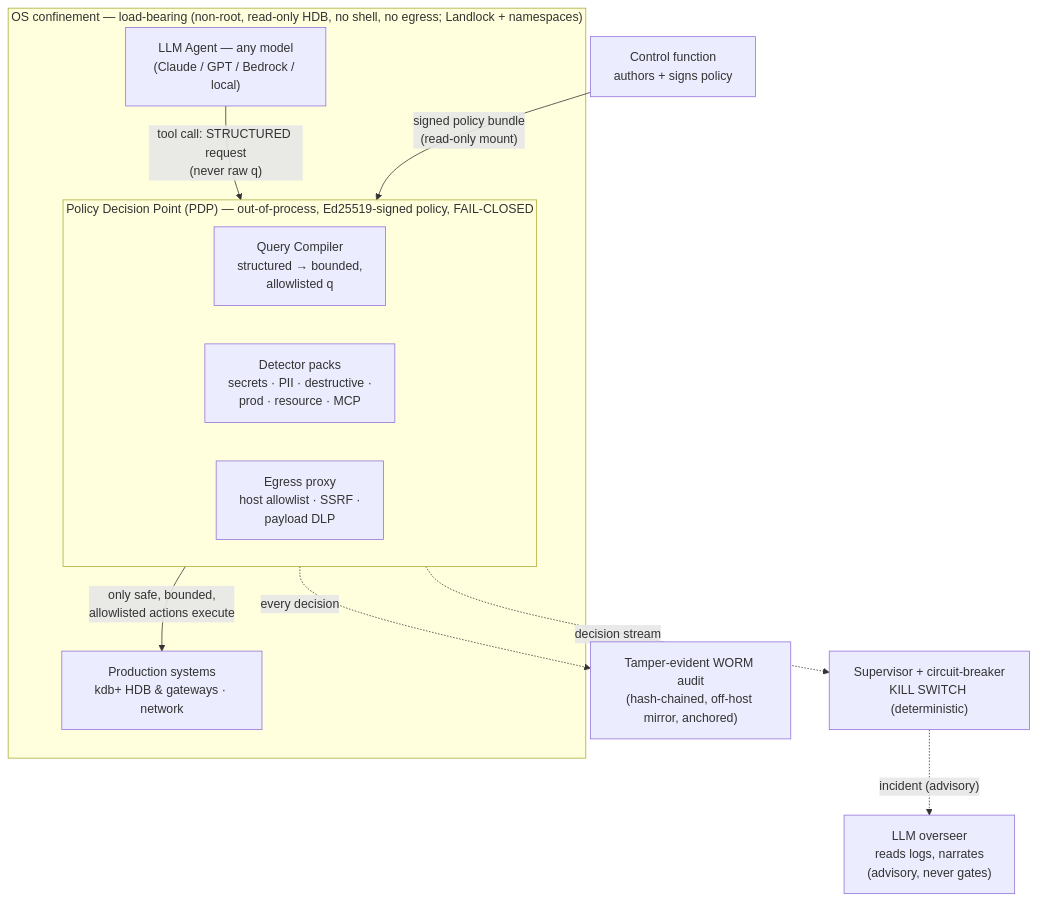
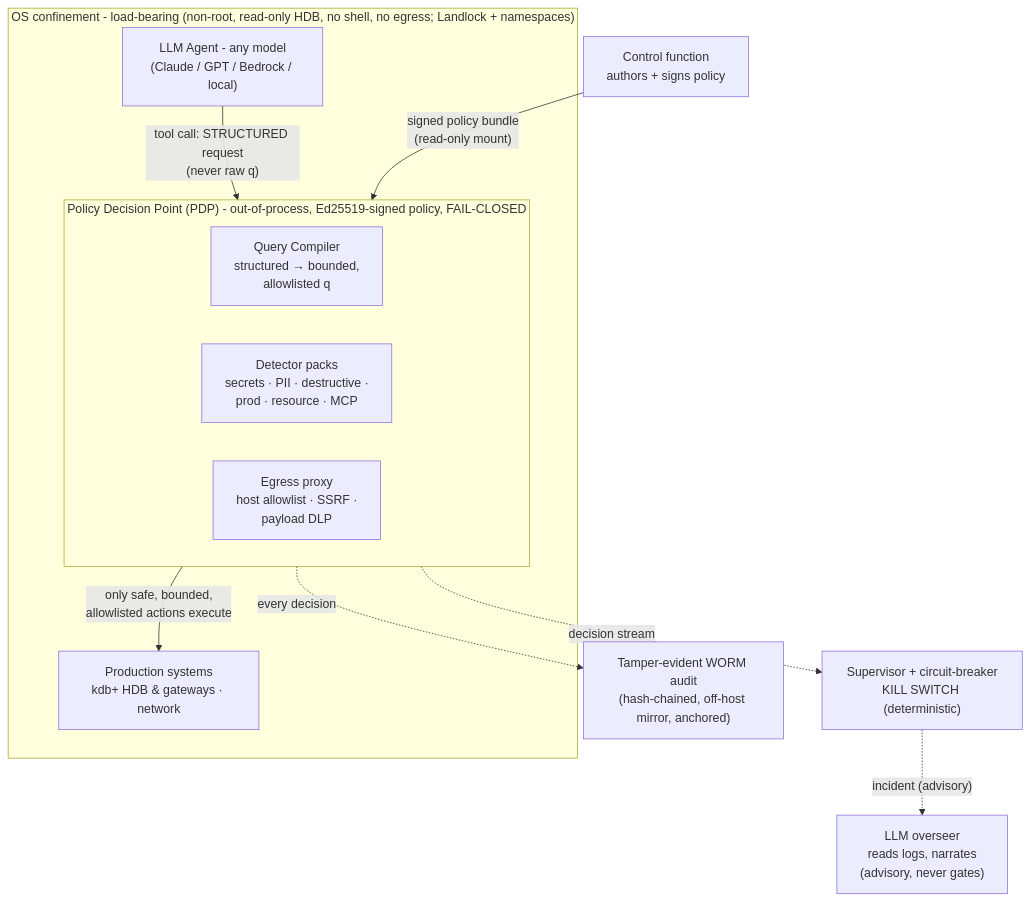
One commit to kqagent/guard changed the diagram in docs/Aegis-System-Overview.md. Above: the diagram before and after it, drawn with Mermaid. The commit also changed other lines of this file and 2 other files, not shown here.

````diff
--- a/docs/Aegis-System-Overview.md
+++ b/docs/Aegis-System-Overview.md
@@ -81,21 +81,21 @@
 ```mermaid
 flowchart TB
-    subgraph CONF["OS confinement — load-bearing (non-root, read-only HDB, no shell, no egress; Landlock + namespaces)"]
-        AGENT["LLM Agent — any model<br/>(Claude / GPT / Bedrock / local)"]
+    subgraph CONF["OS confinement - load-bearing (non-root, read-only HDB, no shell, no egress; Landlock + namespaces)"]
+        AGENT["LLM Agent - any model<br/>(Claude / GPT / Bedrock / local)"]
         AGENT -- "tool call: STRUCTURED request<br/>(never raw q)" --> PDP
-        subgraph PDP["Policy Decision Point (PDP) — out-of-process, Ed25519-signed policy, FAIL-CLOSED"]
+        subgraph PDP["Policy Decision Point (PDP) - out-of-process, Ed25519-signed policy, FAIL-CLOSED"]
             direction LR
             QC["Query Compiler<br/>structured → bounded,<br/>allowlisted q"]
             DET["Detector packs<br/>secrets · PII · destructive ·<br/>prod · resource · MCP"]
             EG["Egress proxy<br/>host allowlist · SSRF ·<br/>payload DLP"]
         end
         PDP -- "only safe, bounded,<br/>allowlisted actions execute" --> SYS
     end
     SYS["Production systems<br/>kdb+ HDB & gateways · network"]
 
     PDP -. "every decision" .-> AUDIT["Tamper-evident WORM audit<br/>(hash-chained, off-host mirror, anchored)"]
     PDP -. "decision stream" .-> SUP["Supervisor + circuit-breaker<br/>KILL SWITCH (deterministic)"]
     SUP -. "incident (advisory)" .-> OV["LLM overseer<br/>reads logs, narrates<br/>(advisory, never gates)"]
 
     CTRL["Control function<br/>authors + signs policy"] -- "signed policy bundle<br/>(read-only mount)" --> PDP
 ```
````
